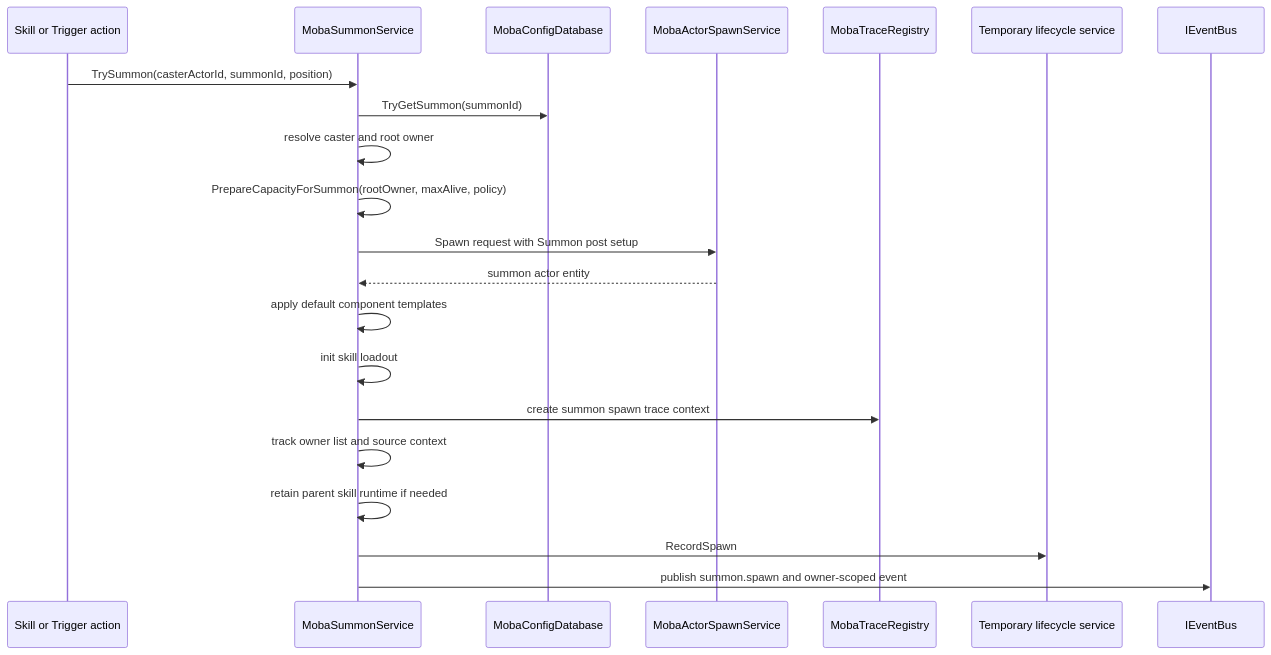
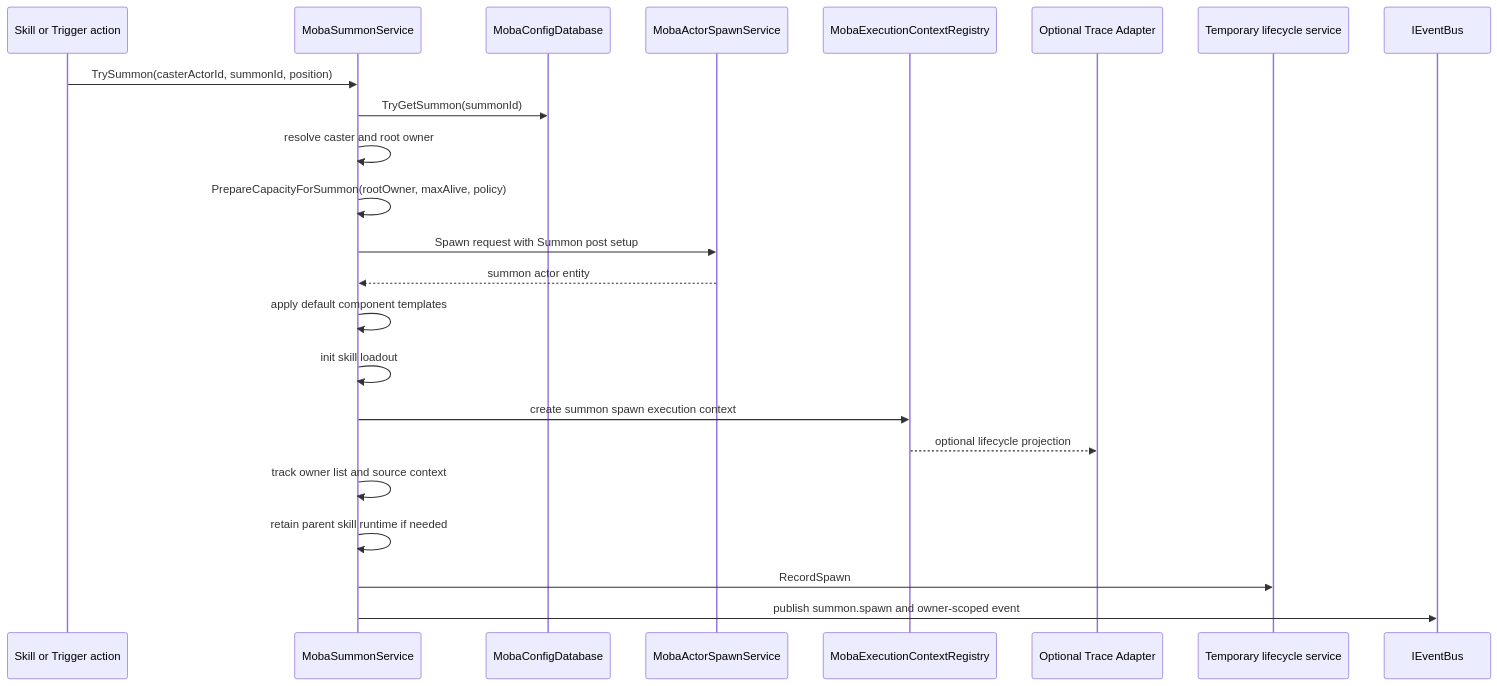
The third of 3 diagrams in Docs/design/09-ImplementationExamples/MOBA/16-DomainContinuousRuntimeAndTemporaryEntityLifecycle.md (HOBOBO/AbilityKit), drawn with Mermaid before and after one commit. The commit also changed other lines of this file and 1591 other files, not shown here.

````diff
--- a/Docs/design/09-ImplementationExamples/MOBA/16-DomainContinuousRuntimeAndTemporaryEntityLifecycle.md
+++ b/Docs/design/09-ImplementationExamples/MOBA/16-DomainContinuousRuntimeAndTemporaryEntityLifecycle.md
@@ -195,24 +195,26 @@
 ```mermaid
 sequenceDiagram
     participant Caller as Skill or Trigger action
     participant Summon as MobaSummonService
     participant Config as MobaConfigDatabase
     participant Spawn as MobaActorSpawnService
-    participant Trace as MobaTraceRegistry
+    participant Context as MobaExecutionContextRegistry
+    participant Trace as Optional Trace Adapter
     participant Lifecycle as Temporary lifecycle service
     participant EventBus as IEventBus
 
     Caller->>Summon: TrySummon(casterActorId, summonId, position)
     Summon->>Config: TryGetSummon(summonId)
     Summon->>Summon: resolve caster and root owner
     Summon->>Summon: PrepareCapacityForSummon(rootOwner, maxAlive, policy)
     Summon->>Spawn: Spawn request with Summon post setup
     Spawn-->>Summon: summon actor entity
     Summon->>Summon: apply default component templates
     Summon->>Summon: init skill loadout
-    Summon->>Trace: create summon spawn trace context
+    Summon->>Context: create summon spawn execution context
+    Context-->>Trace: optional lifecycle projection
     Summon->>Summon: track owner list and source context
     Summon->>Summon: retain parent skill runtime if needed
     Summon->>Lifecycle: RecordSpawn
     Summon->>EventBus: publish summon.spawn and owner-scoped event
 ```
````
